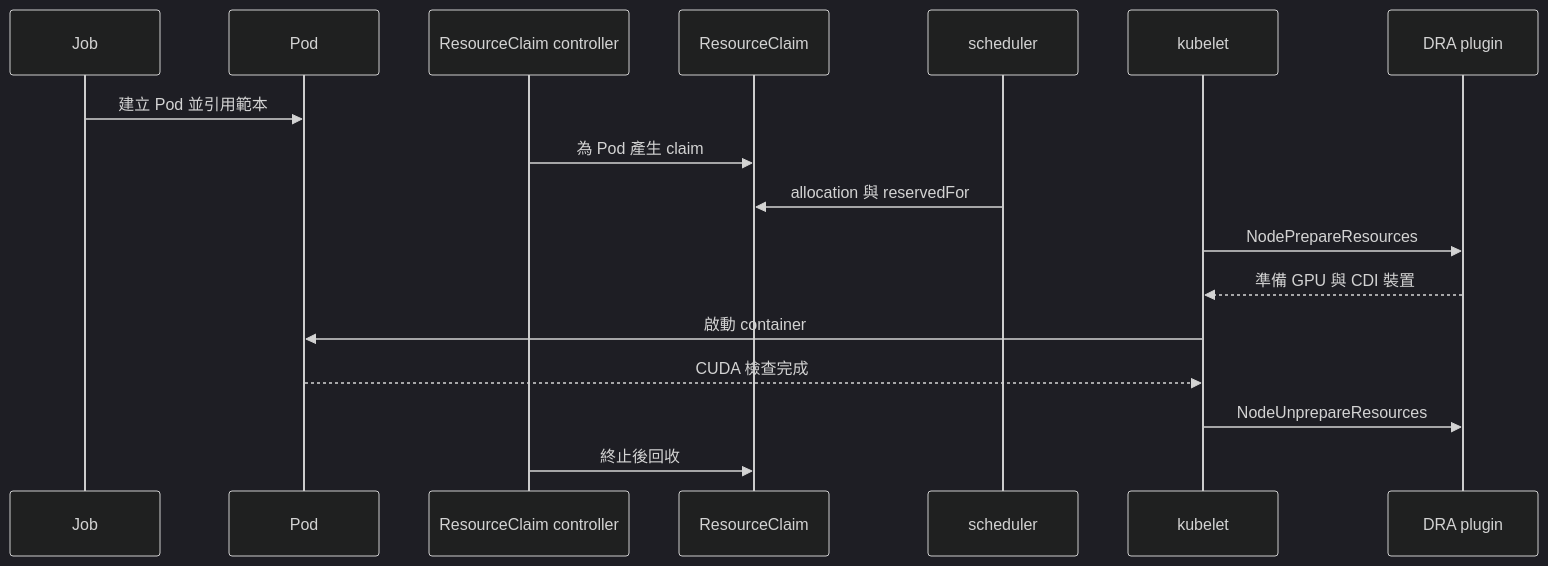
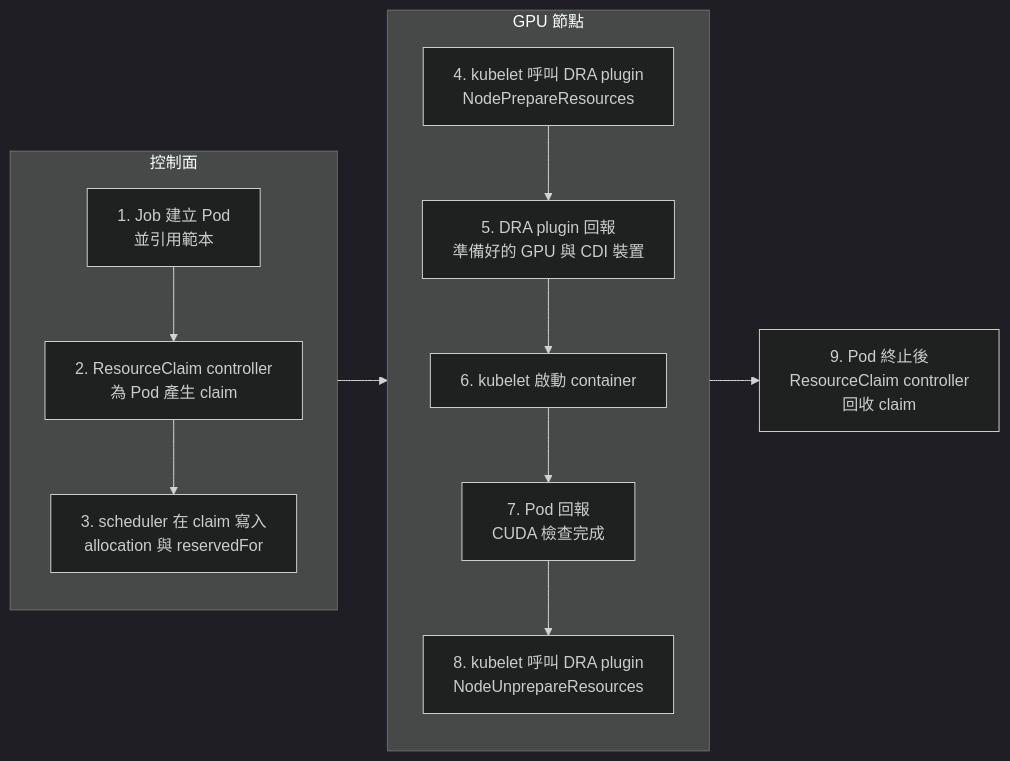
One commit to Daniel77871/dra-gpu-sharing-in-practice changed the diagram in book/02-deploy/verify.md. Above: the diagram before and after it, drawn with Mermaid (dark theme). The commit also changed 15 other files, not shown here.

First line of the commit message:
Fit wide Mermaid diagrams to the GitHub page width

````diff
--- a/book/02-deploy/verify.md
+++ b/book/02-deploy/verify.md
@@ -11,19 +11,13 @@
 ```mermaid
-sequenceDiagram
-    participant J as Job
-    participant P as Pod
-    participant R as ResourceClaim controller
-    participant C as ResourceClaim
-    participant S as scheduler
-    participant K as kubelet
-    participant D as DRA plugin
-    J->>P: 建立 Pod 並引用範本
-    R->>C: 為 Pod 產生 claim
-    S->>C: allocation 與 reservedFor
-    K->>D: NodePrepareResources
-    D-->>K: 準備 GPU 與 CDI 裝置
-    K->>P: 啟動 container
-    P-->>K: CUDA 檢查完成
-    K->>D: NodeUnprepareResources
-    R->>C: 終止後回收
+flowchart LR
+    subgraph control["控制面"]
+        direction TB
+        J["1. Job 建立 Pod<br/>並引用範本"] --> R["2. ResourceClaim controller<br/>為 Pod 產生 claim"] --> S["3. scheduler 在 claim 寫入<br/>allocation 與 reservedFor"]
+    end
+    subgraph node["GPU 節點"]
+        direction TB
+        K["4. kubelet 呼叫 DRA plugin<br/>NodePrepareResources"] --> D["5. DRA plugin 回報<br/>準備好的 GPU 與 CDI 裝置"] --> C["6. kubelet 啟動 container"] --> P["7. Pod 回報<br/>CUDA 檢查完成"] --> U["8. kubelet 呼叫 DRA plugin<br/>NodeUnprepareResources"]
+    end
+    G["9. Pod 終止後<br/>ResourceClaim controller<br/>回收 claim"]
+    control --> node --> G
 ```
````
